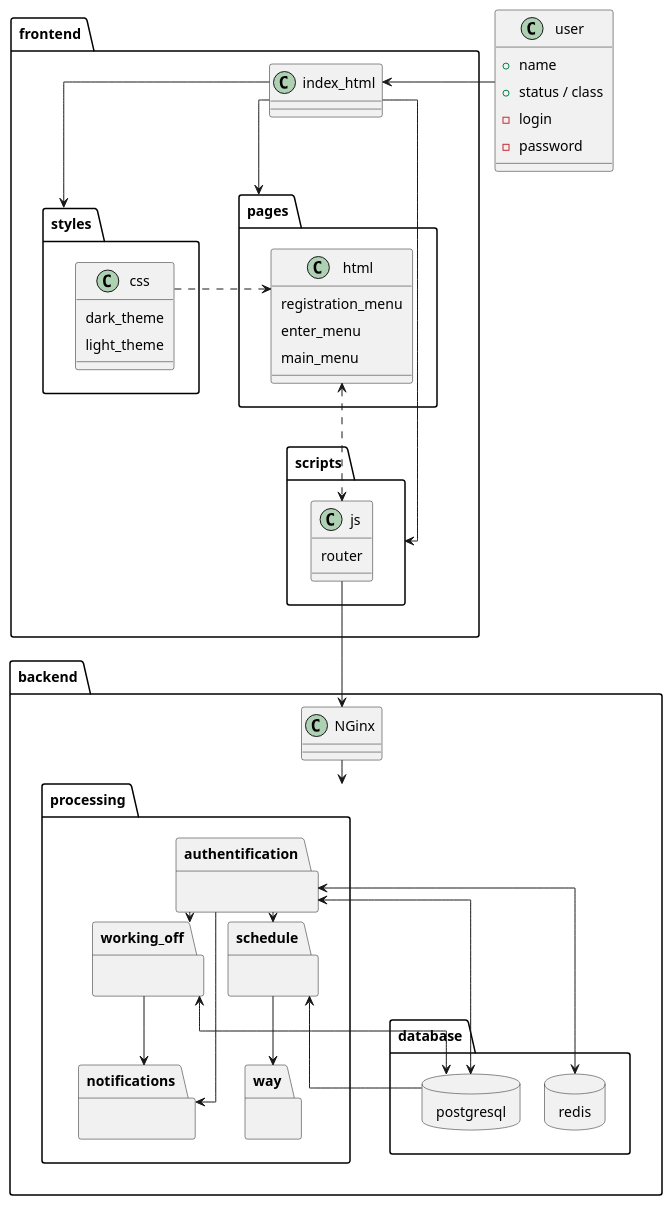
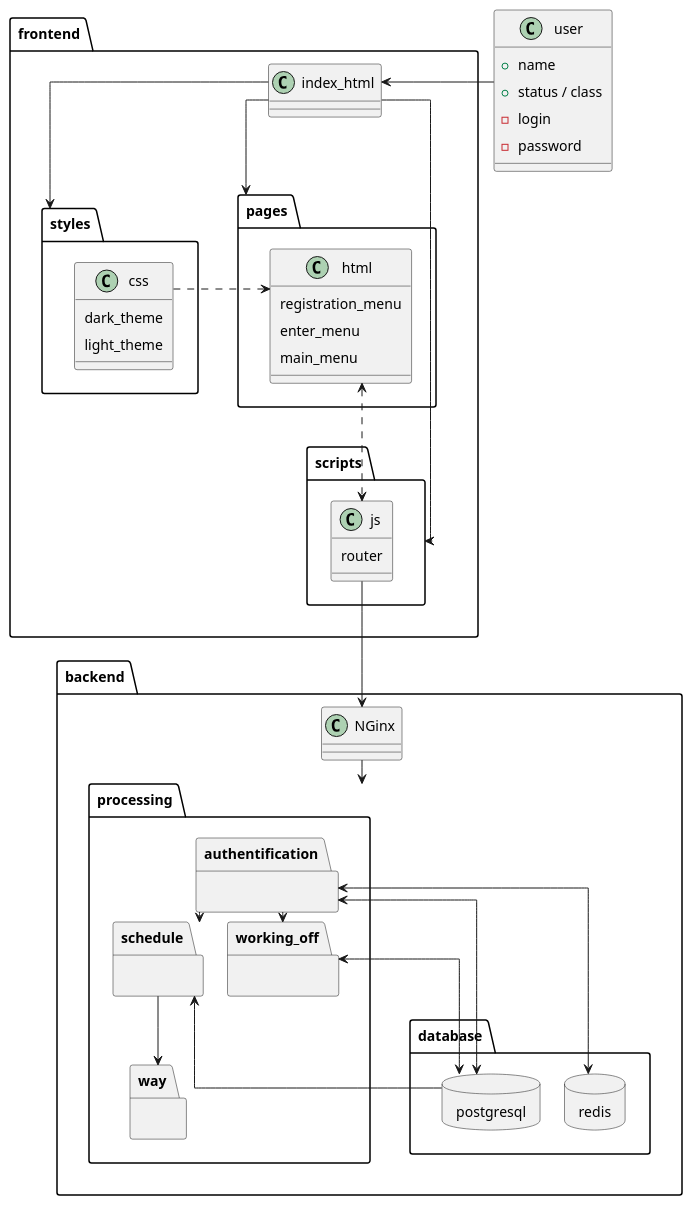
The diagram in scheme.puml (SkotnikovViktor/NNGASU_Services_Project), drawn with PlantUML before and after one commit.

```diff
--- a/scheme.puml
+++ b/scheme.puml
@@ -1,94 +1,91 @@
 @startuml
 skinparam linetype ortho
 allowmixing
 
 skinparam nodesep 24
 skinparam ranksep 10
 skinparam padding 4
 
 class user {
 + name
 + status / class
 - login
 - password
 }
 
 ' === BACKEND ===
 package backend <<Folder>> {
   class NGinx {}
 
   package processing {
     package authentification {}
     package way {}
-    package notifications {}
     package schedule {}
     package working_off {}
   }
 
   package database {
     database postgresql {
     }
 
     database redis {
     }
   }
 }
 
 ' === FRONTEND ===
 package frontend <<Folder>> {
  package pages {
   class html {
     registration_menu
     enter_menu
     main_menu
   }
  }
 
  package styles {
   class css {
     dark_theme
     light_theme
   }
  }
 
  package scripts {
   class js {
     router
   }
  }
 
  class index_html {}
 }
 
 ' === DEPENDENCIES ===
 user -left--> index_html
 
 index_html --> pages
 index_html --> styles
 index_html --> scripts
 
 css -right..> html
 html <..> js
 
 js --> NGinx
 
 NGinx --> processing
 
 schedule <-- postgresql
 working_off <--> postgresql
 authentification <--> postgresql
 authentification <--> redis
 
 authentification --> working_off
-authentification --> schedule
-authentification --> notifications
+authentification ..> schedule
 schedule --> way
-working_off --> notifications
 
 ' === HIDDEN ===
 redis -[hidden]left- postgresql
 processing -[hidden]down- database
 pages -[hidden]left- styles
 
 ' === NOTES ===
 @enduml
```
